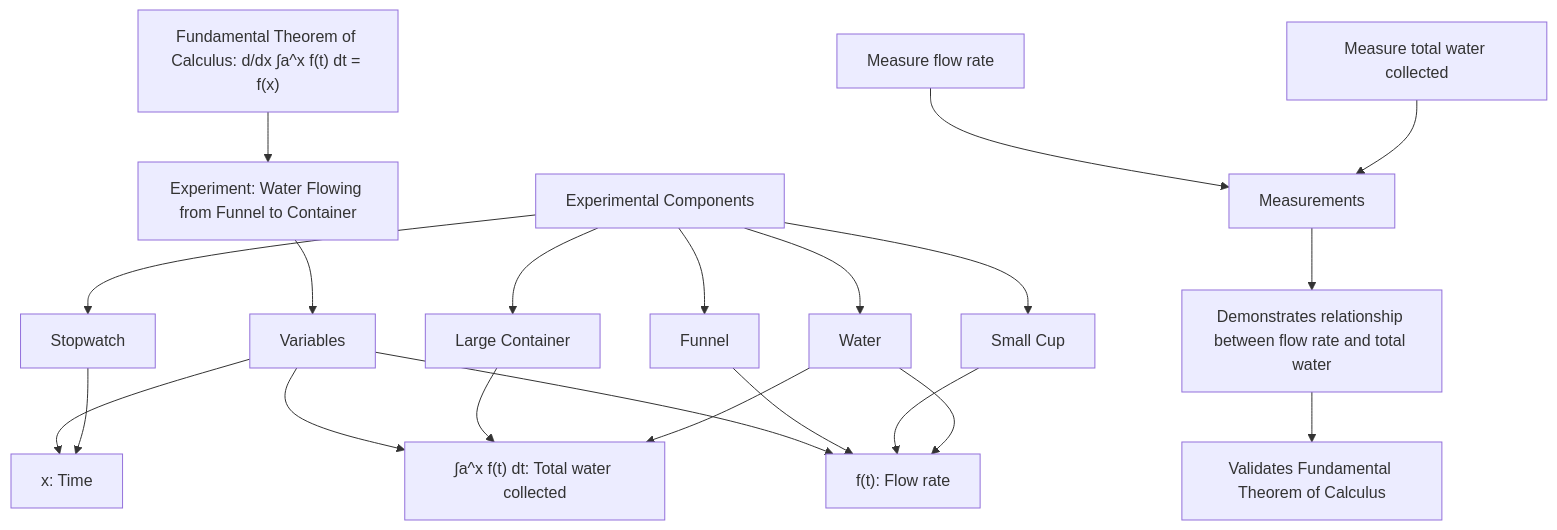
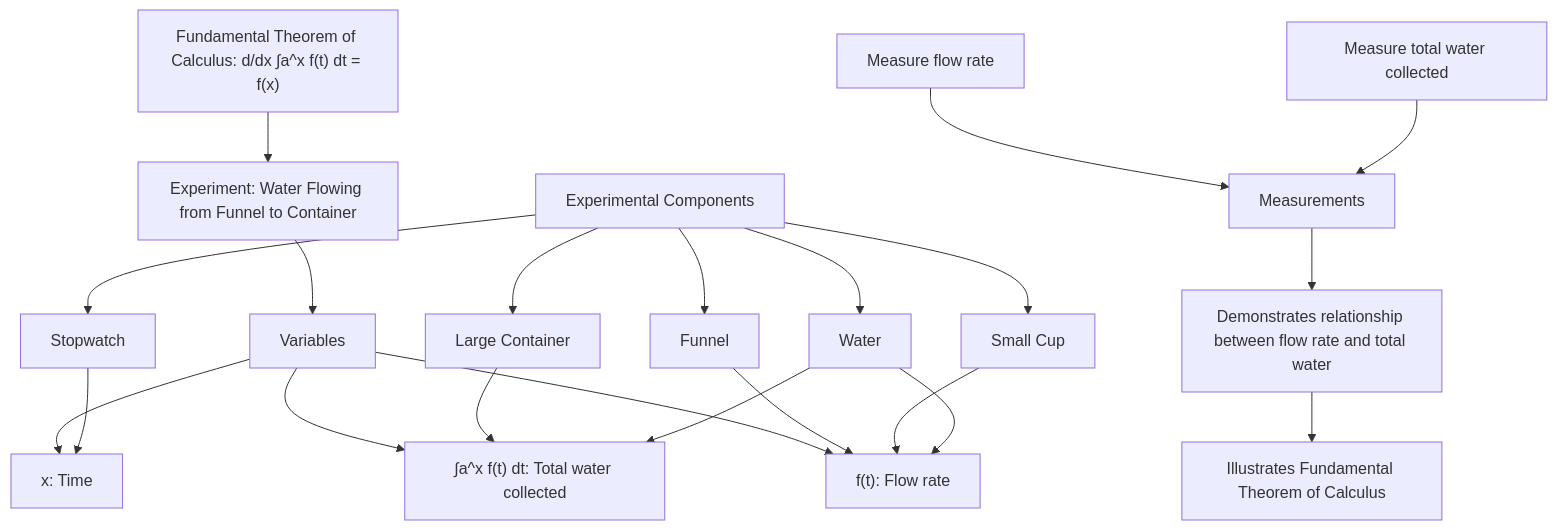
One commit to Josh-XT/math changed the first of 35 diagrams in README.md. Above: the diagram before and after it, drawn with Mermaid. The commit also changed other lines of this file, not shown here.

````diff
--- a/README.md
+++ b/README.md
@@ -355,28 +355,28 @@
 ```mermaid
 graph TD
     A["Fundamental Theorem of Calculus: d/dx ∫a^x f(t) dt = f(x)"] --> B["Experiment: Water Flowing from Funnel to Container"]
     B --> C["Variables"]
     C --> D["f(t): Flow rate"]
     C --> E["∫a^x f(t) dt: Total water collected"]
     C --> F["x: Time"]
     
     G["Experimental Components"] --> H["Funnel"]
     G --> I["Large Container"]
     G --> J["Small Cup"]
     G --> K["Stopwatch"]
     G --> L["Water"]
     
     H --> D
     I --> E
     J --> D
     K --> F
     L --> D
     L --> E
     
     M["Measurements"]
     N["Measure flow rate"] --> M
     O["Measure total water collected"] --> M
     
     M --> P["Demonstrates relationship between flow rate and total water"]
-    P --> Q["Validates Fundamental Theorem of Calculus"]
+    P --> Q["Illustrates Fundamental Theorem of Calculus"]
 ```
````
